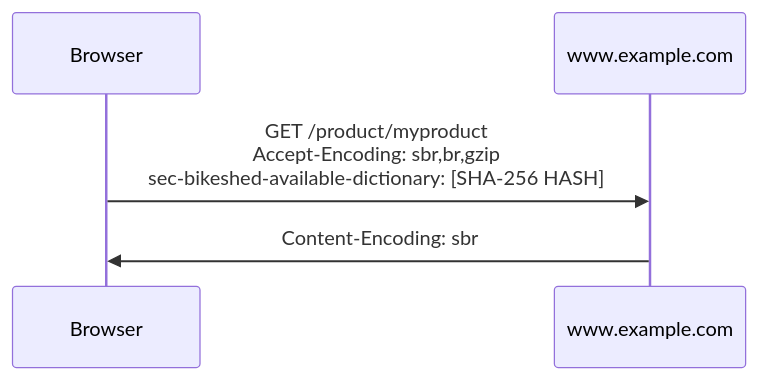
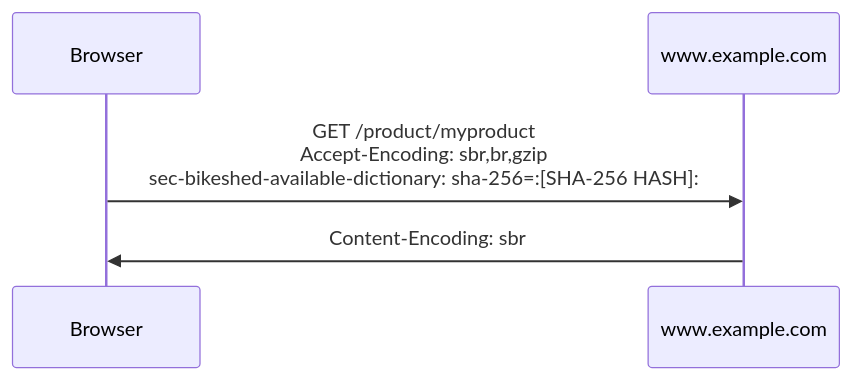
One commit to WICG/compression-dictionary-transport changed the fourth of 4 diagrams in README.md. Above: the diagram before and after it, drawn with Mermaid. The commit also changed other lines of this file, not shown here.

````diff
--- a/README.md
+++ b/README.md
@@ -236,5 +242,5 @@
 ```mermaid
 sequenceDiagram
-Browser->>www.example.com: GET /product/myproduct<br/>Accept-Encoding: sbr,br,gzip<br/>sec-bikeshed-available-dictionary: [SHA-256 HASH]
+Browser->>www.example.com: GET /product/myproduct<br/>Accept-Encoding: sbr,br,gzip<br/>sec-bikeshed-available-dictionary: sha-256=:[SHA-256 HASH]:
 www.example.com->>Browser: Content-Encoding: sbr
 ```
````
